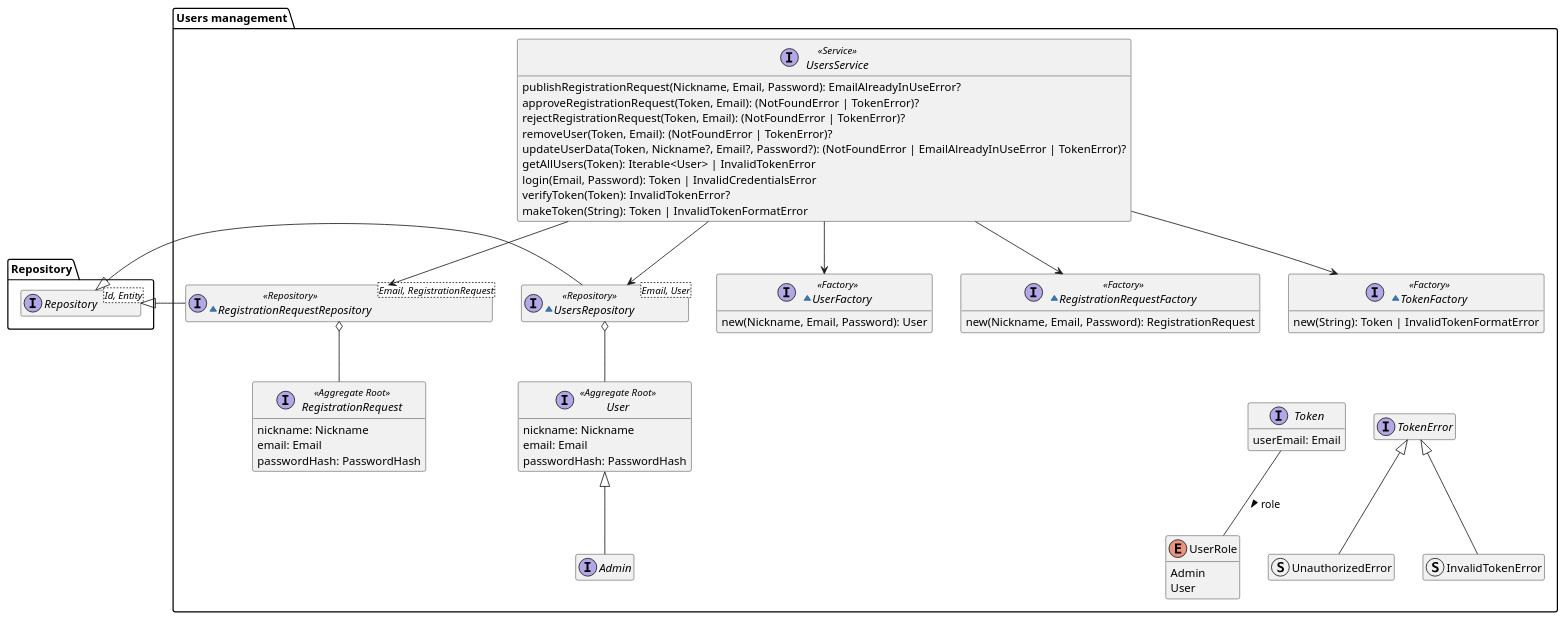
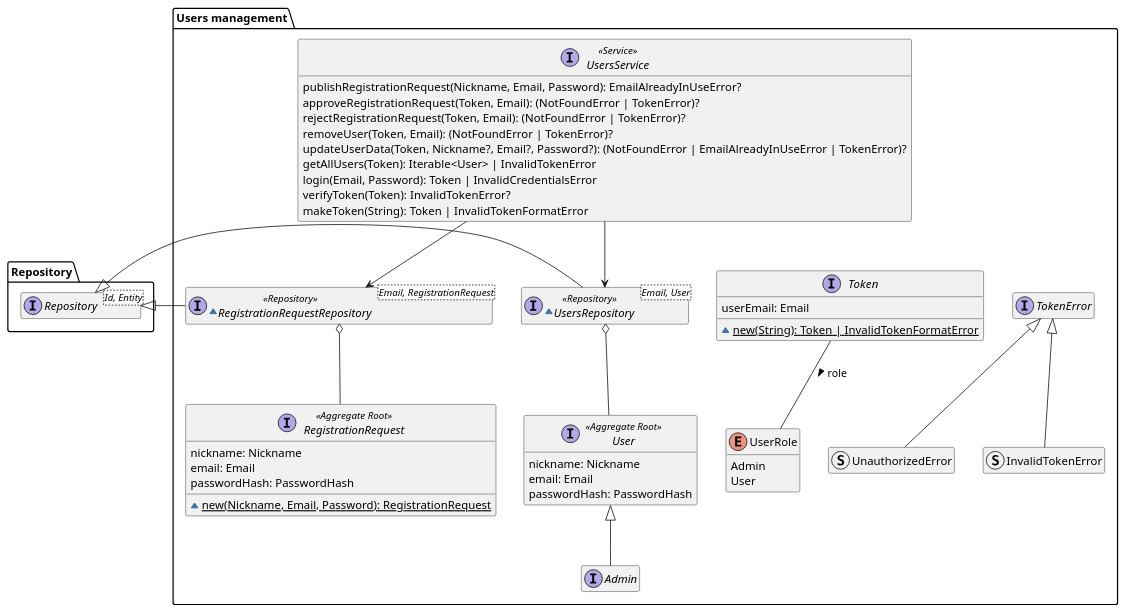
One commit to DomoticASW/.github changed the diagram in diagrams/src/users-management-domain-model.puml. Above: the diagram before and after it, drawn with PlantUML. The commit also changed 1 other file, not shown here.

Commit message:
simplified users domain model

```diff
--- a/diagrams/src/users-management-domain-model.puml
+++ b/diagrams/src/users-management-domain-model.puml
@@ -1,76 +1,65 @@
 @startuml users-management-domain-model
 
 hide empty members
 package Repository{
     interface Repository<Id, Entity>
 }
 
 package "Users management" as Users {
     interface User <<Aggregate Root>> {
         nickname: Nickname
         email: Email
         passwordHash: PasswordHash
     }
     interface Admin extends User
 
     interface RegistrationRequest <<Aggregate Root>> {
         nickname: Nickname
         email: Email
         passwordHash: PasswordHash
+        ~{static} new(Nickname, Email, Password): RegistrationRequest
     }
 
     interface Token {
         userEmail: Email
+        ~{static} new(String): Token | InvalidTokenFormatError
     }
     enum UserRole {
         Admin
         User
     }
     Token -- UserRole : "role >"
 
     interface UsersService <<Service>> {
         publishRegistrationRequest(Nickname, Email, Password): EmailAlreadyInUseError?
         approveRegistrationRequest(Token, Email): (NotFoundError | TokenError)?
         rejectRegistrationRequest(Token, Email): (NotFoundError | TokenError)?
         removeUser(Token, Email): (NotFoundError | TokenError)?
         updateUserData(Token, Nickname?, Email?, Password?): (NotFoundError | EmailAlreadyInUseError | TokenError)?
         getAllUsers(Token): Iterable<User> | InvalidTokenError
         login(Email, Password): Token | InvalidCredentialsError
         verifyToken(Token): InvalidTokenError?
         makeToken(String): Token | InvalidTokenFormatError
     }
 
     ~interface RegistrationRequestRepository<Email, RegistrationRequest> <<Repository>> {
     }
     RegistrationRequestRepository -l-|> Repository.Repository
     RegistrationRequestRepository o-- RegistrationRequest
     ~interface UsersRepository<Email, User> <<Repository>> {
     }
     UsersRepository -l-|> Repository.Repository
     UsersRepository o-- User
     
     UsersService --> UsersRepository
     UsersService --> RegistrationRequestRepository
 
     interface TokenError
     struct UnauthorizedError extends TokenError
     struct InvalidTokenError extends TokenError
     Token -r[hidden]- TokenError
 
-    ~interface UserFactory <<Factory>> {
-        new(Nickname, Email, Password): User
-    }
-    ~interface RegistrationRequestFactory <<Factory>> {
-        new(Nickname, Email, Password): RegistrationRequest
-    }
-    ~interface TokenFactory <<Factory>> {
-        new(String): Token | InvalidTokenFormatError
-    }
-    TokenFactory -[hidden]-> Token
-    UsersService --> UserFactory
-    UsersService --> RegistrationRequestFactory
-    UsersService --> TokenFactory
-
+    UsersService -[hidden]-> Token
 }
 
 @enduml
```
